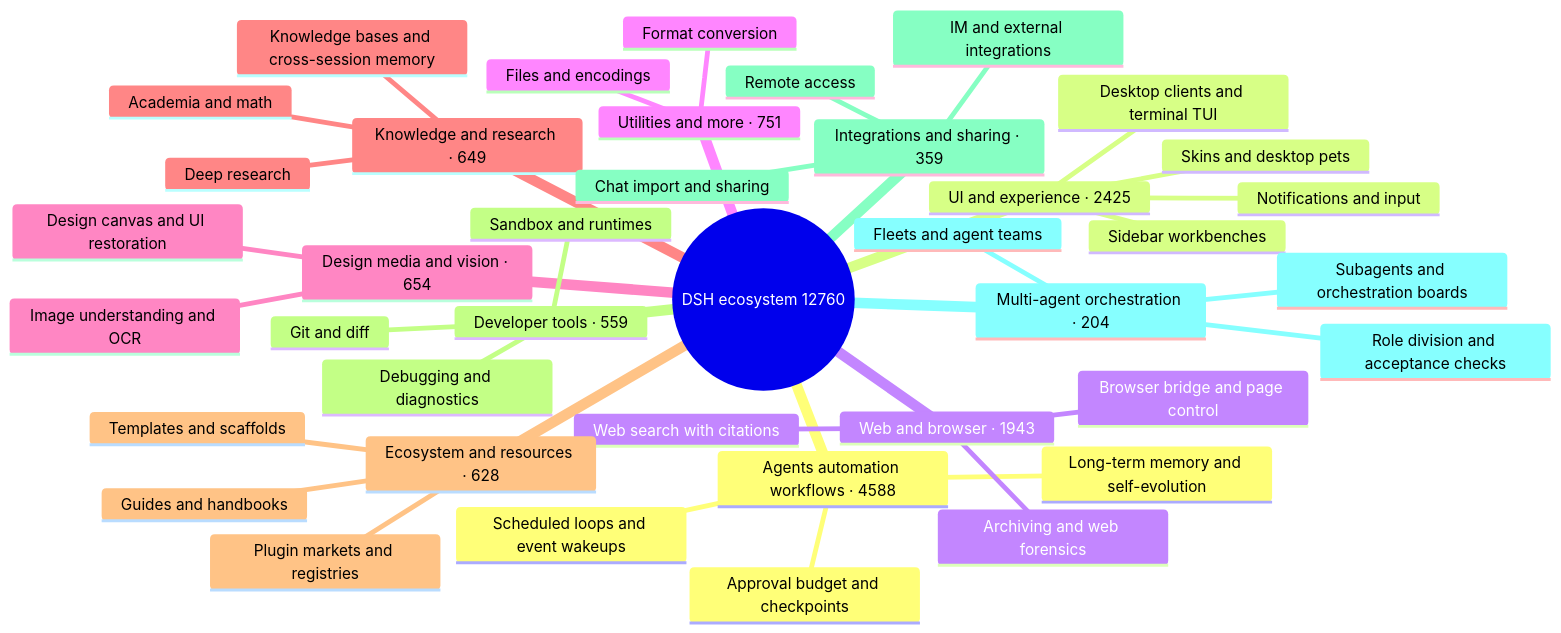
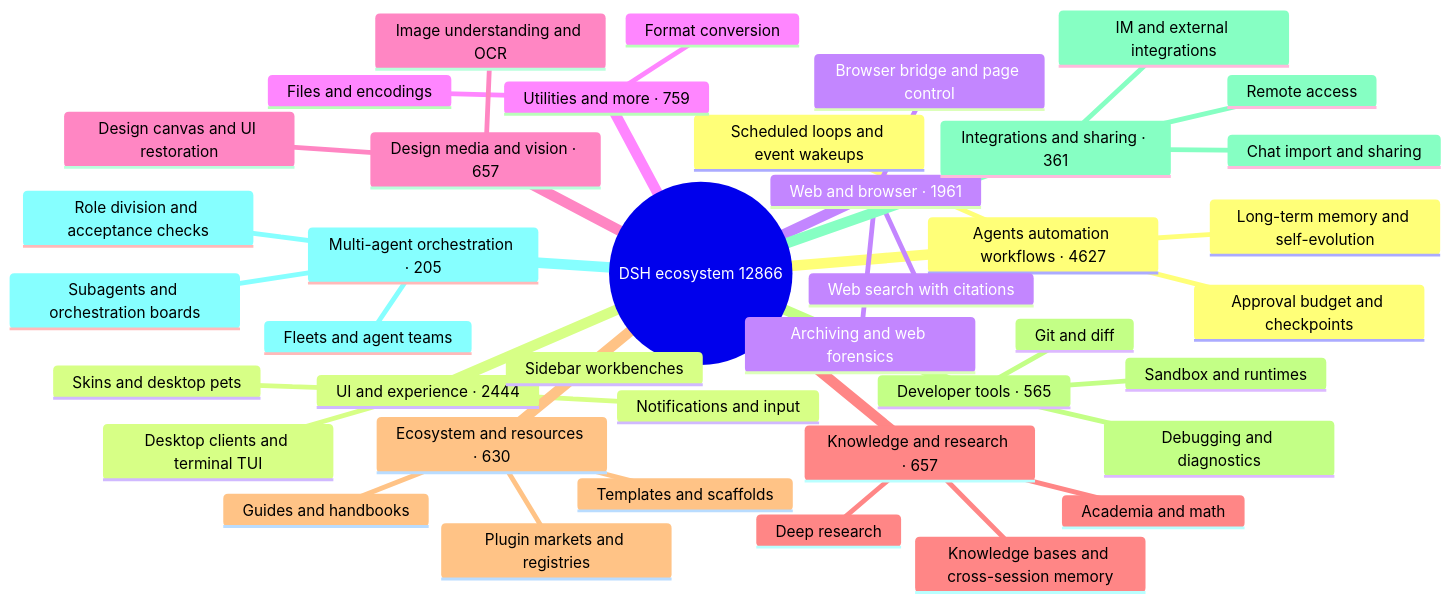
The diagram in README_EN.md (BOWLUNA/awesome-dsh-plugin), drawn with Mermaid before and after one commit. The commit also changed other lines of this file and 20 other files, not shown here.

````diff
--- a/README_EN.md
+++ b/README_EN.md
@@ -33,43 +33,43 @@
 ```mermaid
 mindmap
-  root((DSH ecosystem 12760))
-    Agents automation workflows · 4588
+  root((DSH ecosystem 12866))
+    Agents automation workflows · 4627
       Scheduled loops and event wakeups
       Long-term memory and self-evolution
       Approval budget and checkpoints
-    UI and experience · 2425
+    UI and experience · 2444
       Desktop clients and terminal TUI
       Sidebar workbenches
       Skins and desktop pets
       Notifications and input
-    Web and browser · 1943
+    Web and browser · 1961
       Browser bridge and page control
       Web search with citations
       Archiving and web forensics
-    Utilities and more · 751
+    Utilities and more · 759
       Files and encodings
       Format conversion
-    Design media and vision · 654
+    Design media and vision · 657
       Image understanding and OCR
       Design canvas and UI restoration
-    Knowledge and research · 649
+    Knowledge and research · 657
       Knowledge bases and cross-session memory
       Deep research
       Academia and math
-    Ecosystem and resources · 628
+    Ecosystem and resources · 630
       Plugin markets and registries
       Templates and scaffolds
       Guides and handbooks
-    Developer tools · 559
+    Developer tools · 565
       Git and diff
       Sandbox and runtimes
       Debugging and diagnostics
-    Integrations and sharing · 359
+    Integrations and sharing · 361
       Chat import and sharing
       Remote access
       IM and external integrations
-    Multi-agent orchestration · 204
+    Multi-agent orchestration · 205
       Subagents and orchestration boards
       Fleets and agent teams
       Role division and acceptance checks
 ```
````
